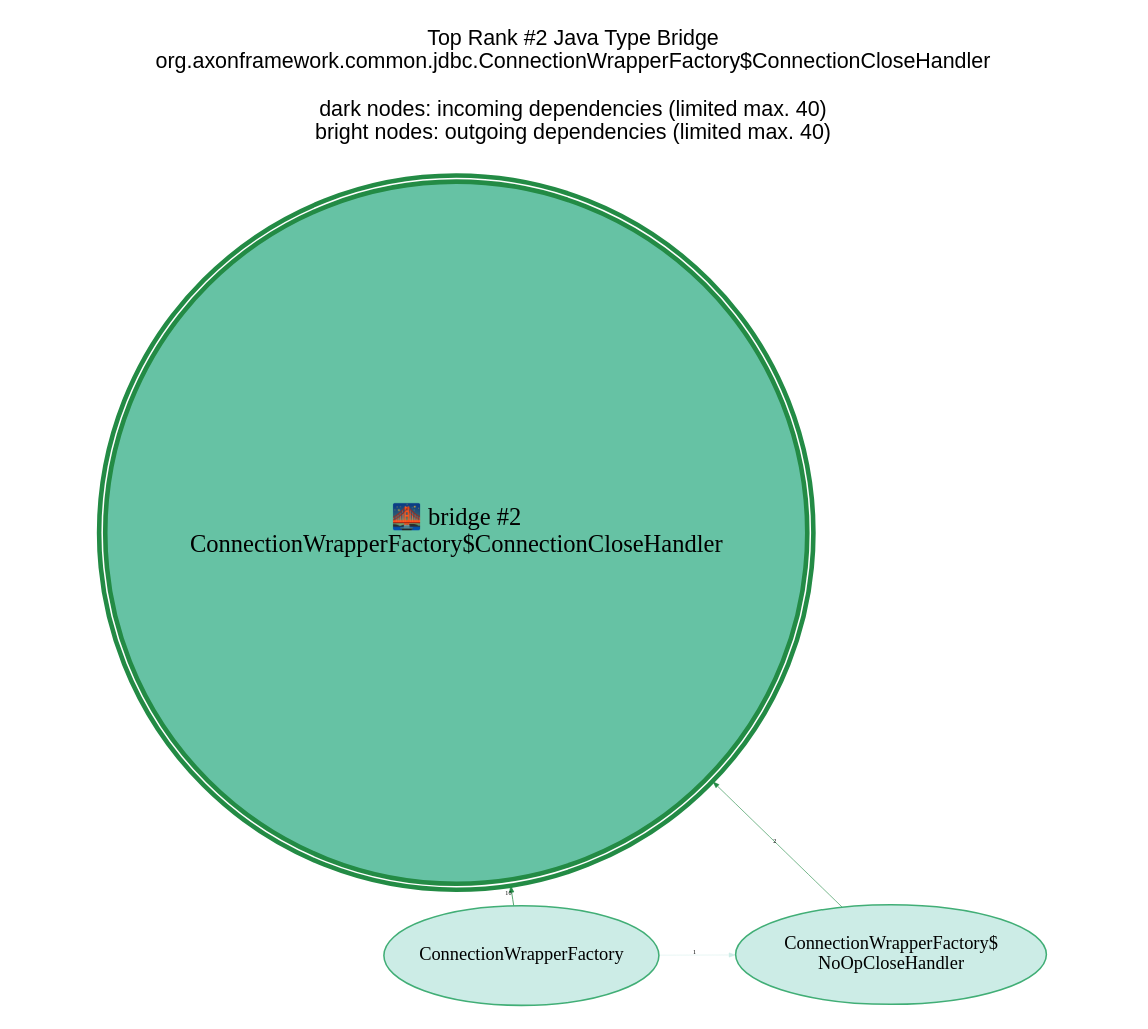
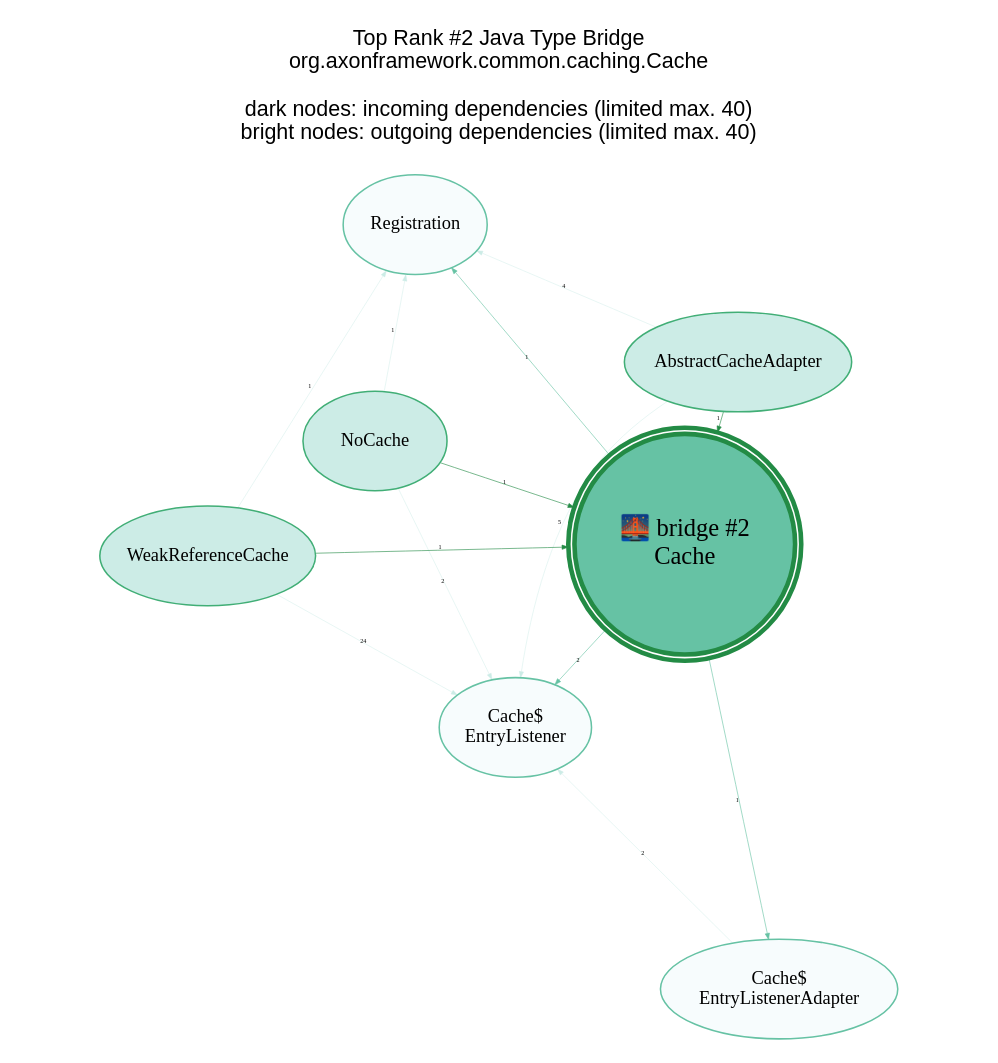
Before and after one commit to JohT/code-graph-analysis-examples: the diagram in analysis-results/AxonFramework/latest/anomaly-detection/Java_Type/GraphVisualizations/graphviz/TopBridge2.gv, drawn with Graphviz. The commit also changed 513 other files, not shown here.

```diff
--- a/analysis-results/AxonFramework/latest/anomaly-detection/Java_Type/GraphVisualizations/graphviz/TopBridge2.gv
+++ b/analysis-results/AxonFramework/latest/anomaly-detection/Java_Type/GraphVisualizations/graphviz/TopBridge2.gv
@@ -1,20 +1,30 @@
 // This GraphViz dot file was generated by the script convertQueryResultCsvToGraphVizDotFile.sh with TopCentral.template
 
 strict digraph TopBridge2 {
     graph [layout = "fdp"; start = "7"; splines = "spline"; pad = "0.8,0.1"; outputorder = "edgesfirst";];
     graph [fontname = "Helvetica,Arial,sans-serif"; labelloc = "t";];
     node [colorscheme = "bugn9"; color = 6; fillcolor = 3;];
     edge [colorscheme = "bugn9"; color = 7;];
     node [fontsize = 12; style = "filled"; margin = "0.03,0.03"; width="1.3"; height="0.9";];
     edge [fontsize = 4; arrowsize = "0.4";];
 
     central [shape = "doublecircle"; height = "2.0"; margin = "0.000001,0.000001";];
     central [fontsize = 16;];
     central [color = 7; fillcolor = 5; penwidth = 3;];
 
-	graph   [label="Top Rank #2 Java Type Bridge\norg.axonframework.common.jdbc.ConnectionWrapperFactory$ConnectionCloseHandler\n\ndark nodes: incoming dependencies (limited max. 40)\nbright nodes: outgoing dependencies (limited max. 40)\n\n"];
-	central [label="🌉 bridge #2\nConnectionWrapperFactory$ConnectionCloseHandler"];
-	"ConnectionWrapperFactory_42550" [label = "ConnectionWrapperFactory"; ]; "ConnectionWrapperFactory_42550" -> central [label=10; weight=10; penwidth=0.5];
-	"ConnectionWrapperFactory$NoOpCloseHandler_41221" [label = "ConnectionWrapperFactory$\nNoOpCloseHandler"; ]; "ConnectionWrapperFactory$NoOpCloseHandler_41221" -> central [label=2; weight=2; penwidth=0.4];
-	"ConnectionWrapperFactory_42550" -> "ConnectionWrapperFactory$NoOpCloseHandler_41221" [label=1; weight=1; penwidth=0.3; color = 3]
+	graph   [label="Top Rank #2 Java Type Bridge\norg.axonframework.common.caching.Cache\n\ndark nodes: incoming dependencies (limited max. 40)\nbright nodes: outgoing dependencies (limited max. 40)\n\n"];
+	central [label="🌉 bridge #2\nCache"];
+	"AbstractCacheAdapter_42930" [label = "AbstractCacheAdapter"; ]; "AbstractCacheAdapter_42930" -> central [label=1; weight=1; penwidth=0.4];
+	"NoCache_43340" [label = "NoCache"; ]; "NoCache_43340" -> central [label=1; weight=1; penwidth=0.4];
+	"WeakReferenceCache_42566" [label = "WeakReferenceCache"; ]; "WeakReferenceCache_42566" -> central [label=1; weight=1; penwidth=0.4];
+	"Cache$EntryListener_43068" [label = "Cache$\nEntryListener"; color = 5; fillcolor = 1; ]; central -> "Cache$EntryListener_43068" [label=2; weight=2; penwidth=0.4; color = 5];
+	"Cache$EntryListenerAdapter_42563" [label = "Cache$\nEntryListenerAdapter"; color = 5; fillcolor = 1; ]; central -> "Cache$EntryListenerAdapter_42563" [label=1; weight=1; penwidth=0.4; color = 5];
+	"Registration_43067" [label = "Registration"; color = 5; fillcolor = 1; ]; central -> "Registration_43067" [label=1; weight=1; penwidth=0.4; color = 5];
+	"WeakReferenceCache_42566" -> "Cache$EntryListener_43068" [label=24; weight=24; penwidth=0.3; color = 3]
+	"AbstractCacheAdapter_42930" -> "Cache$EntryListener_43068" [label=5; weight=5; penwidth=0.3; color = 3]
+	"AbstractCacheAdapter_42930" -> "Registration_43067" [label=4; weight=4; penwidth=0.3; color = 3]
+	"Cache$EntryListenerAdapter_42563" -> "Cache$EntryListener_43068" [label=2; weight=2; penwidth=0.3; color = 3]
+	"NoCache_43340" -> "Cache$EntryListener_43068" [label=2; weight=2; penwidth=0.3; color = 3]
+	"NoCache_43340" -> "Registration_43067" [label=1; weight=1; penwidth=0.3; color = 3]
+	"WeakReferenceCache_42566" -> "Registration_43067" [label=1; weight=1; penwidth=0.3; color = 3]
 }
```
